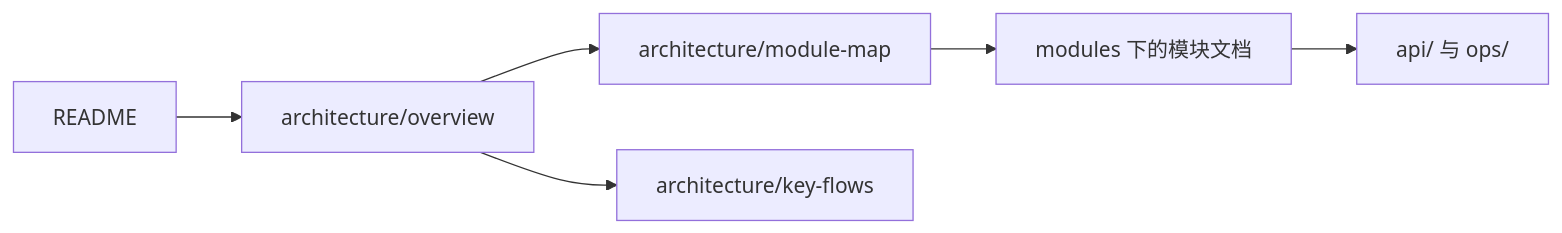
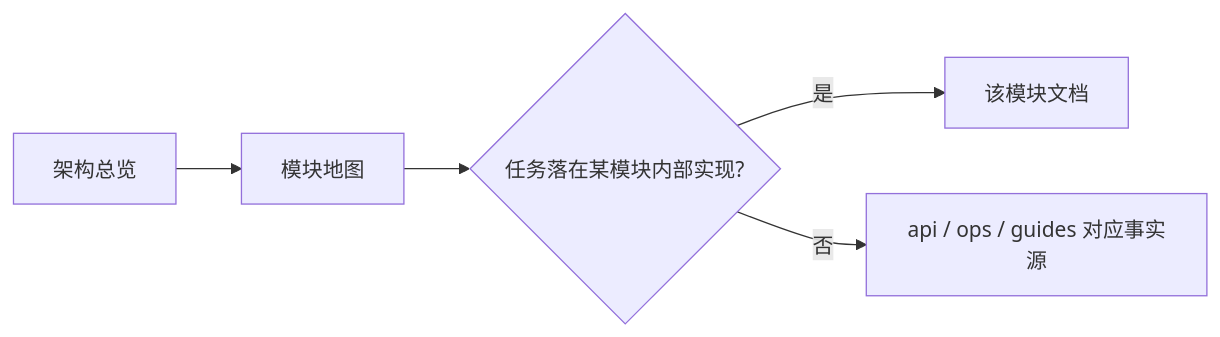
The diagram in docs/README.md (meteoritel/item-despawn-to-what), drawn with Mermaid before and after one commit. The commit also changed other lines of this file and 54 other files, not shown here.

````diff
--- a/docs/README.md
+++ b/docs/README.md
@@ -32,8 +34,7 @@
 ```mermaid
 flowchart LR
-    A[README] --> B[architecture/overview]
-    B --> C[architecture/module-map]
-    C --> D["modules 下的模块文档"]
-    D --> E[api/ 与 ops/]
-    B --> F[architecture/key-flows]
+    A[架构总览] --> B[模块地图]
+    B --> C{任务落在某模块内部实现?}
+    C -->|是| D[该模块文档]
+    C -->|否| E[api / ops / guides 对应事实源]
 ```
````
